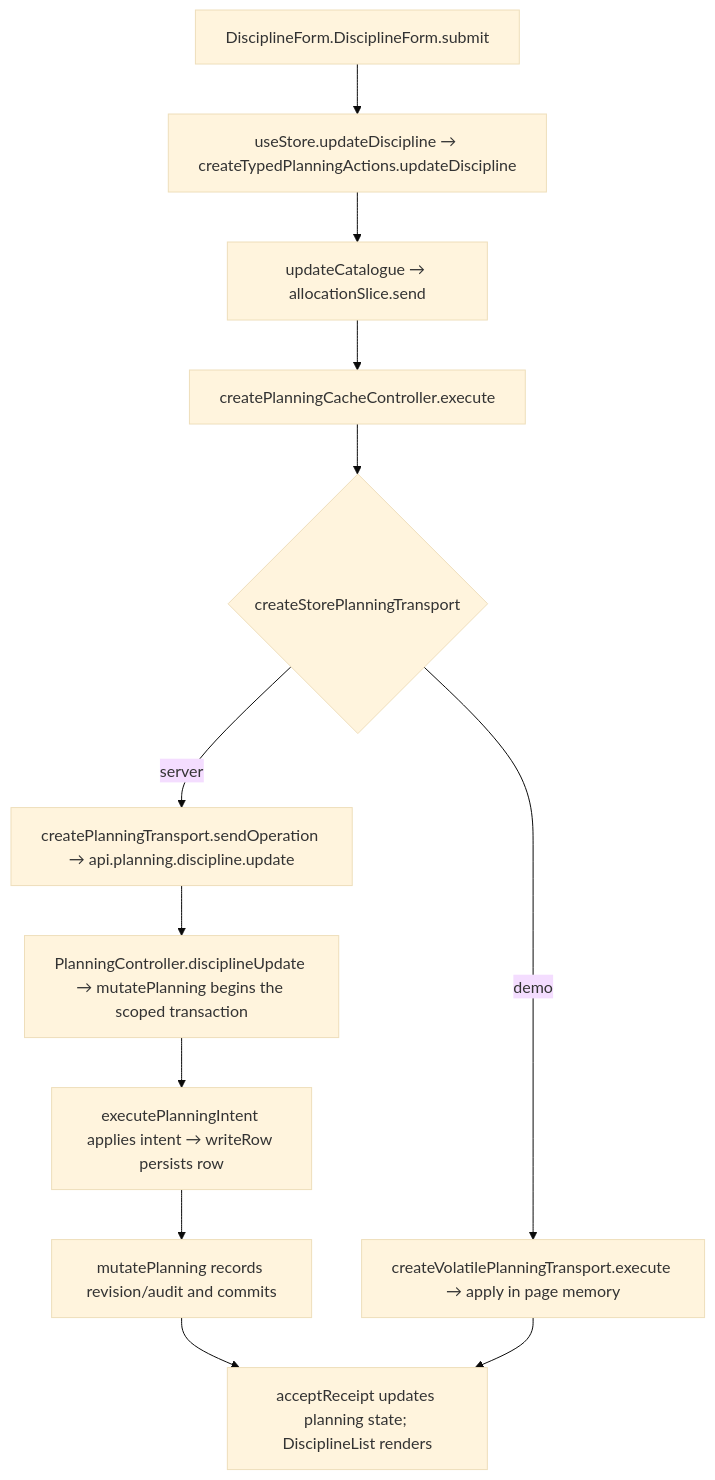
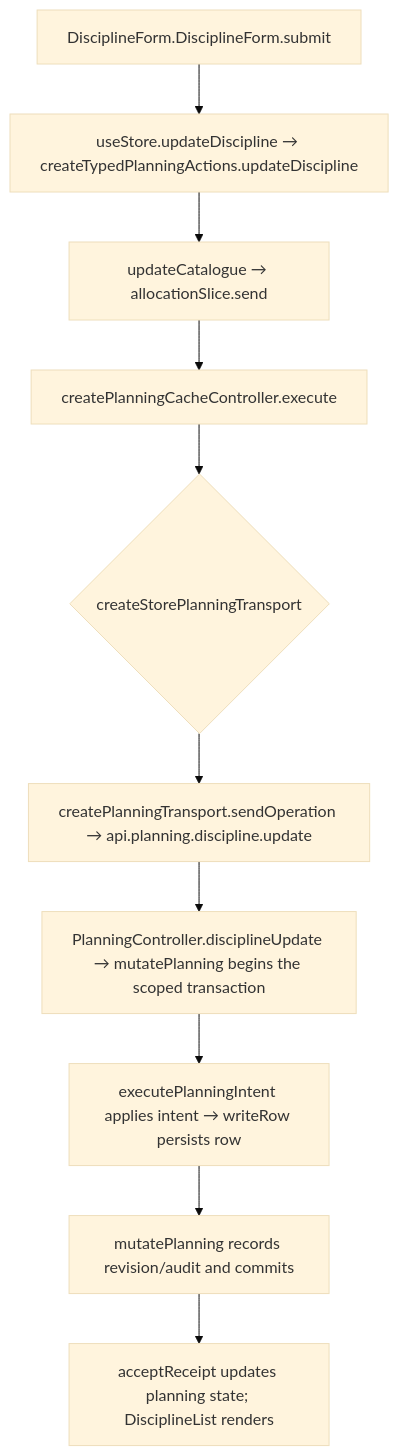
The second of 2 diagrams in user-stories/disciplines/US-DIS-02-edit-discipline.md (Kevinjohn/capacitylens), drawn with Mermaid (base theme) before and after one commit. The commit also changed other lines of this file and 343 other files, not shown here.

Commit message:
feat: use server-owned company planning and a disposable development demo

````diff
--- a/user-stories/disciplines/US-DIS-02-edit-discipline.md
+++ b/user-stories/disciplines/US-DIS-02-edit-discipline.md
@@ -34,9 +34,8 @@
 ```mermaid
 flowchart TD
   A["DisciplineForm.DisciplineForm.submit"] --> B["useStore.updateDiscipline → createTypedPlanningActions.updateDiscipline"]
   B --> C["updateCatalogue → allocationSlice.send"]
   C --> D["createPlanningCacheController.execute"] --> E{"createStorePlanningTransport"}
-  E -->|server| F["createPlanningTransport.sendOperation → api.planning.discipline.update"] --> G["PlanningController.disciplineUpdate → mutatePlanning begins the scoped transaction"]
+  E --> F["createPlanningTransport.sendOperation → api.planning.discipline.update"] --> G["PlanningController.disciplineUpdate → mutatePlanning begins the scoped transaction"]
   G --> H["executePlanningIntent applies intent → writeRow persists row"] --> K["mutatePlanning records revision/audit and commits"] --> J["acceptReceipt updates planning state; DisciplineList renders"]
-  E -->|demo| I["createVolatilePlanningTransport.execute → apply in page memory"] --> J
 ```
````
